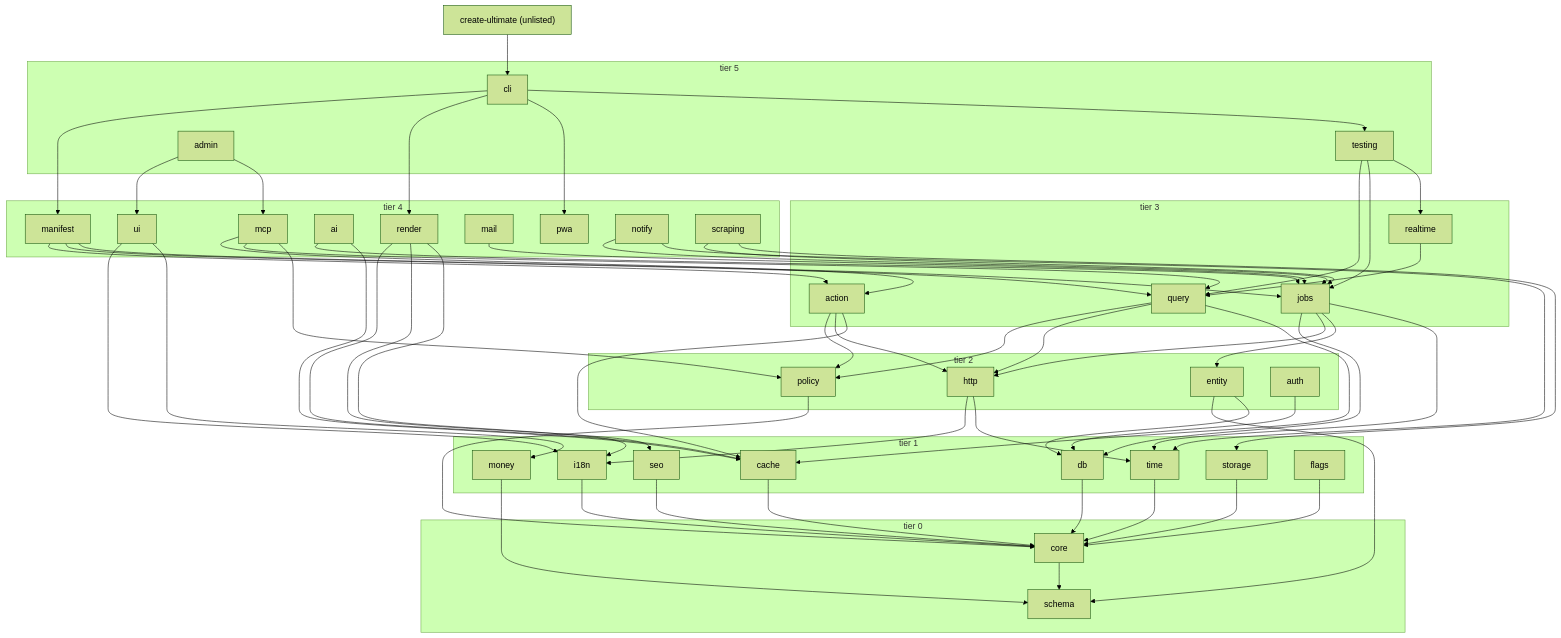
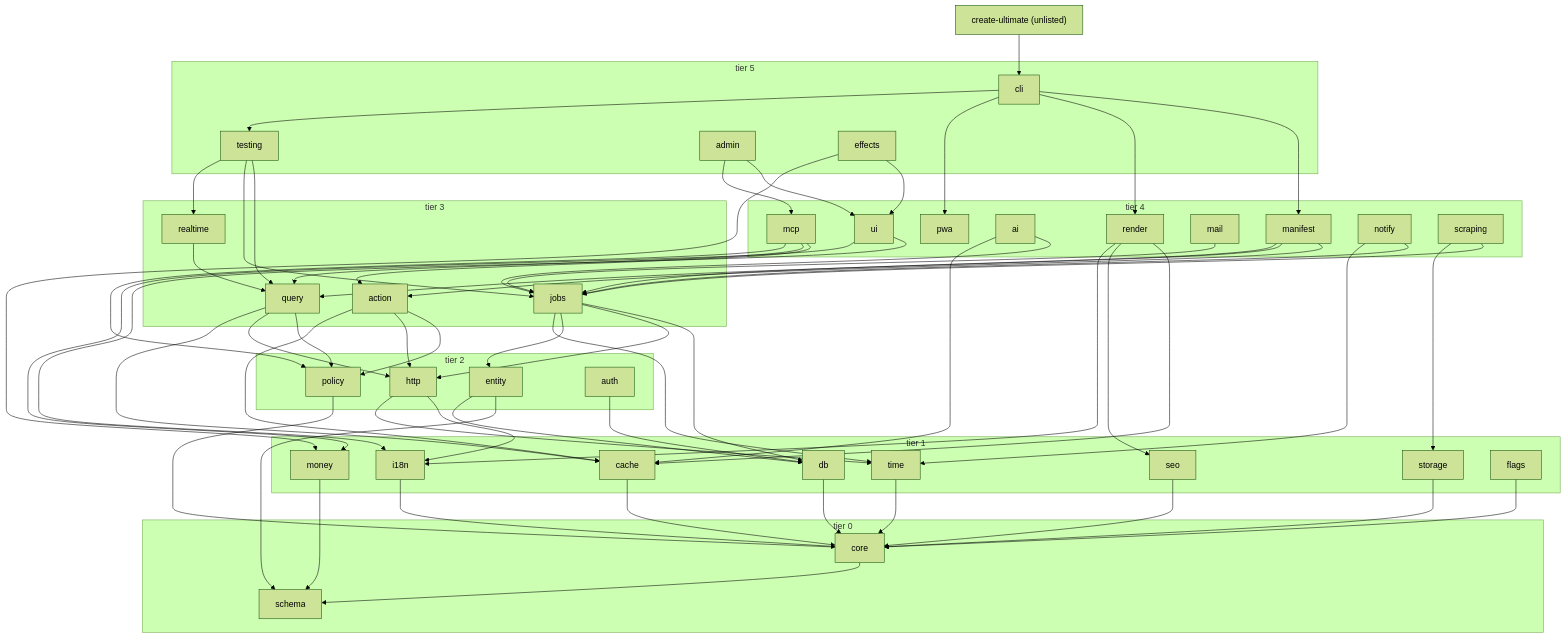
The diagram in docs/architecture/01-package-map.md (developerz-ai/ultimate), drawn with Mermaid (forest theme) before and after one commit. The commit also changed other lines of this file and 415 other files, not shown here.

```diff
--- a/docs/architecture/01-package-map.md
+++ b/docs/architecture/01-package-map.md
@@ -110,7 +111,7 @@
 graph TD
   create-ultimate["create-ultimate (unlisted)"]
   subgraph T5["tier 5"]
-    cli; testing; admin
+    cli; testing; admin; effects
   end
   subgraph T4["tier 4"]
     render; pwa; mcp; ai; manifest; mail; ui; notify; scraping
@@ -139,6 +140,8 @@
   testing --> realtime
   admin --> ui
   admin --> mcp
+  effects --> ui
+  effects --> money
   scraping --> jobs
   scraping --> storage
 
```
